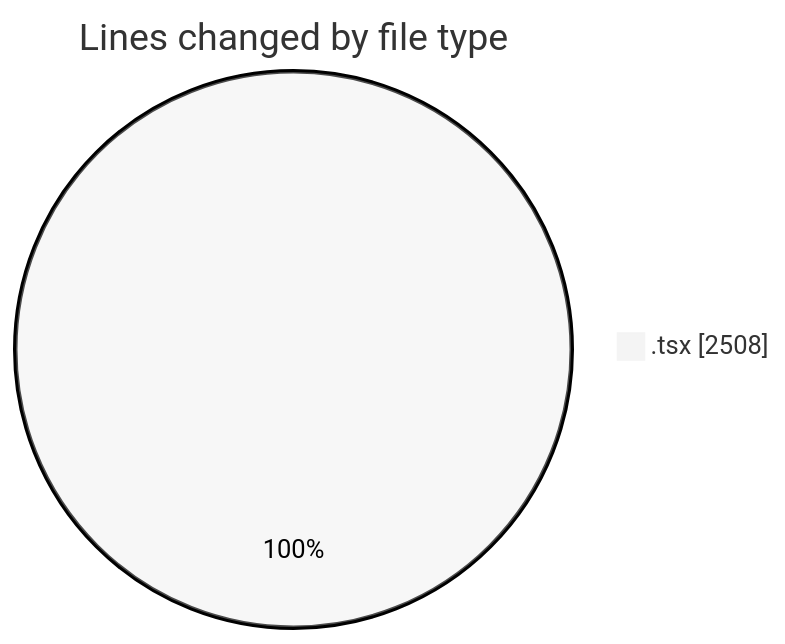
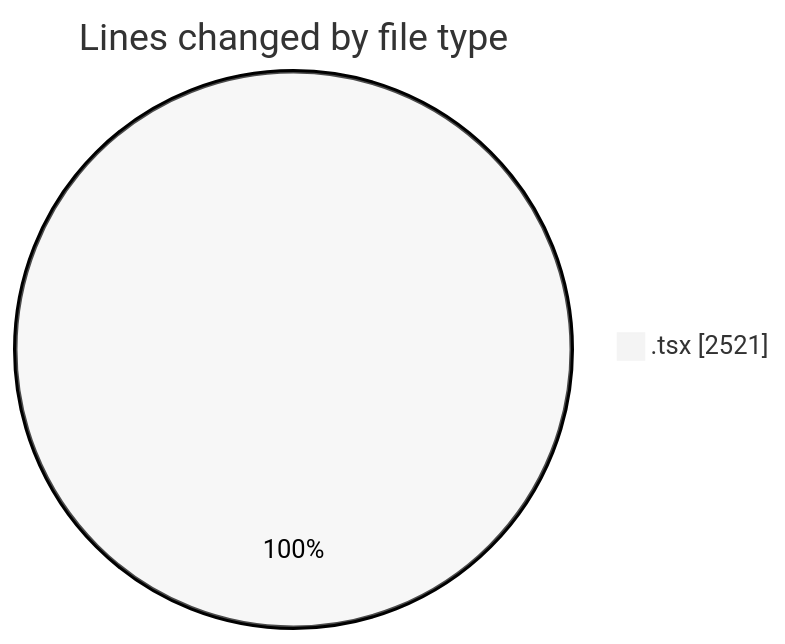
Before and after one commit to nxtqubesakshisongat/code-tracking: the first of 2 diagrams in 2026-06-15/nxtqube_webapp/README.md, drawn with Mermaid (neutral theme). The commit also changed other lines of this file and 1 other file, not shown here.

````diff
--- a/2026-06-15/nxtqube_webapp/README.md
+++ b/2026-06-15/nxtqube_webapp/README.md
@@ -22,5 +22,5 @@
 ```mermaid
 pie showData
 title Lines changed by file type
-".tsx" : 2508
+".tsx" : 2521
 ```
````
